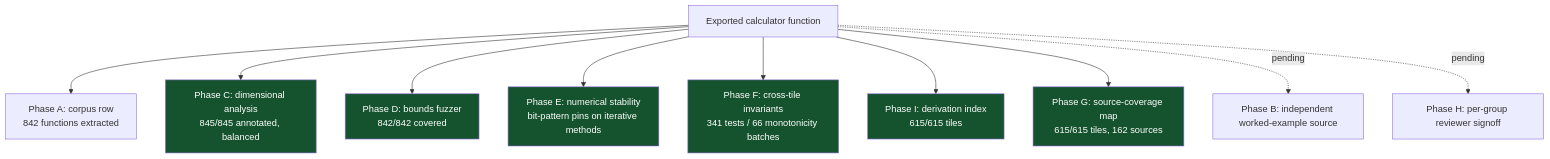
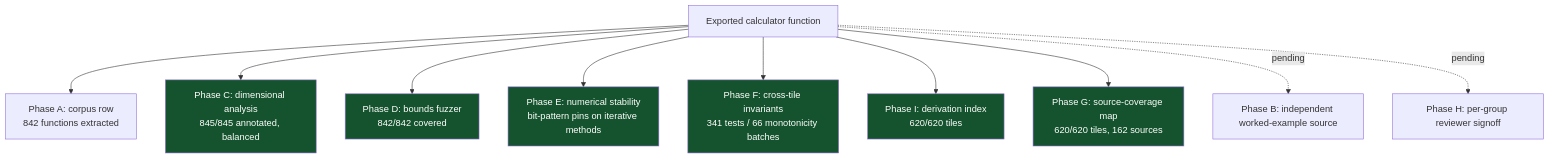
Before and after one commit to clay-good/roughlogic.com: the sixth of 8 diagrams in README.md, drawn with Mermaid. The commit also changed other lines of this file and 19 other files, not shown here.

````diff
--- a/README.md
+++ b/README.md
@@ -474,18 +474,18 @@
 ```mermaid
 flowchart TB
     F[Exported calculator function] --> A[Phase A: corpus row\n842 functions extracted]
     F --> C[Phase C: dimensional analysis\n845/845 annotated, balanced]
     F --> D[Phase D: bounds fuzzer\n842/842 covered]
     F --> E[Phase E: numerical stability\nbit-pattern pins on iterative methods]
     F --> Fa[Phase F: cross-tile invariants\n341 tests / 66 monotonicity batches]
-    F --> I[Phase I: derivation index\n615/615 tiles]
-    F --> G[Phase G: source-coverage map\n615/615 tiles, 162 sources]
+    F --> I[Phase I: derivation index\n620/620 tiles]
+    F --> G[Phase G: source-coverage map\n620/620 tiles, 162 sources]
     F -.pending.-> B[Phase B: independent worked-example source]
     F -.pending.-> H[Phase H: per-group reviewer signoff]
     style C fill:#14532d,color:#fff
     style D fill:#14532d,color:#fff
     style E fill:#14532d,color:#fff
     style Fa fill:#14532d,color:#fff
     style G fill:#14532d,color:#fff
     style I fill:#14532d,color:#fff
 ```
````
